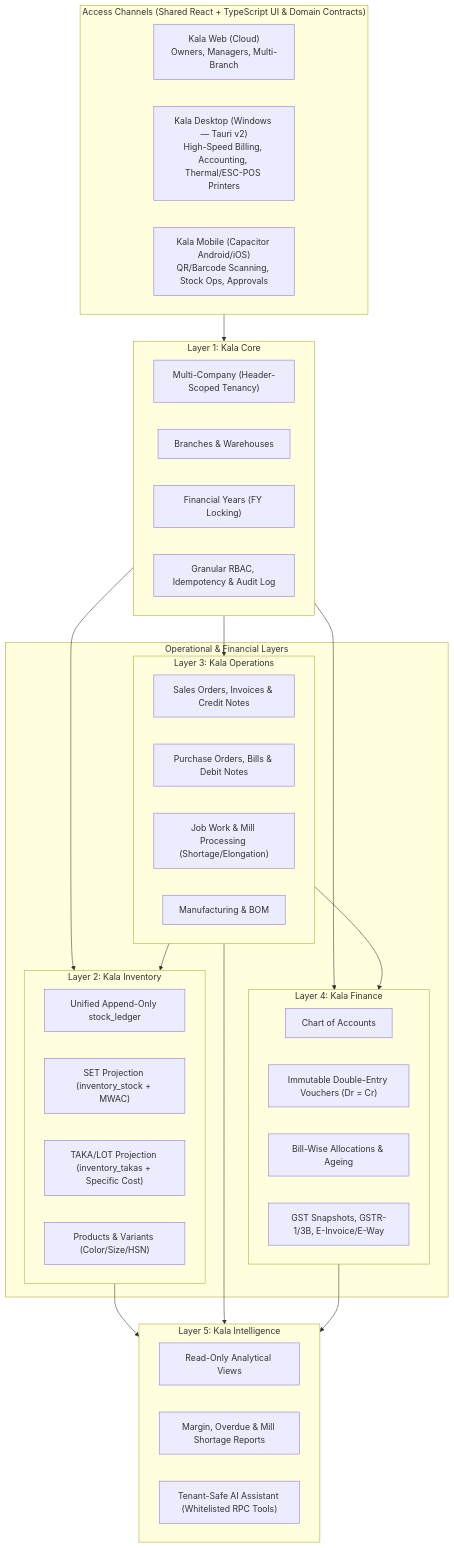
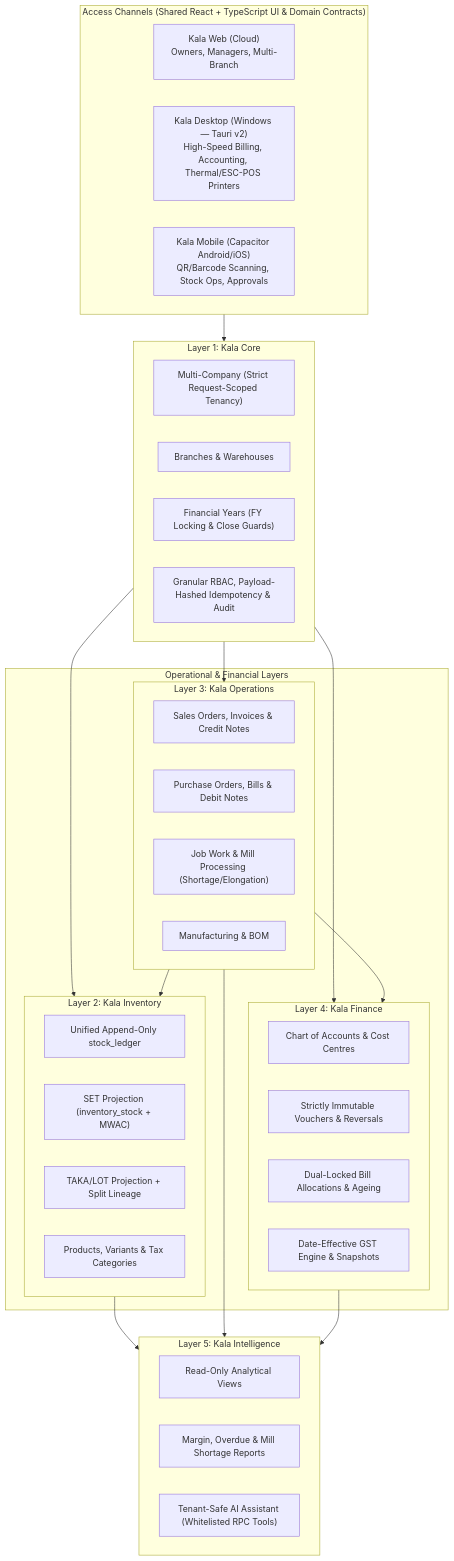
The diagram in docs/ERP_ARCHITECTURE.md (404Vardan/kala-textiles), drawn with Mermaid before and after one commit. The commit also changed other lines of this file, not shown here.

Commit message:
docs(erp): finalize Stage 0 architecture Rev 3 addressing all review invariants and exit test gates

````diff
--- a/docs/ERP_ARCHITECTURE.md
+++ b/docs/ERP_ARCHITECTURE.md
@@ -13,54 +13,54 @@
 ```mermaid
 flowchart TB
   subgraph Clients["Access Channels (Shared React + TypeScript UI & Domain Contracts)"]
     Web["Kala Web (Cloud)<br/>Owners, Managers, Multi-Branch"]
     Desktop["Kala Desktop (Windows — Tauri v2)<br/>High-Speed Billing, Accounting, Thermal/ESC-POS Printers"]
     Mobile["Kala Mobile (Capacitor Android/iOS)<br/>QR/Barcode Scanning, Stock Ops, Approvals"]
   end
 
   subgraph Core["Layer 1: Kala Core"]
-    C1["Multi-Company (Header-Scoped Tenancy)"]
+    C1["Multi-Company (Strict Request-Scoped Tenancy)"]
     C2["Branches & Warehouses"]
-    C3["Financial Years (FY Locking)"]
-    C4["Granular RBAC, Idempotency & Audit Log"]
+    C3["Financial Years (FY Locking & Close Guards)"]
+    C4["Granular RBAC, Payload-Hashed Idempotency & Audit"]
   end
 
   subgraph Domain["Operational & Financial Layers"]
     subgraph Inv["Layer 2: Kala Inventory"]
       I1["Unified Append-Only stock_ledger"]
       I2["SET Projection (inventory_stock + MWAC)"]
-      I3["TAKA/LOT Projection (inventory_takas + Specific Cost)"]
-      I4["Products & Variants (Color/Size/HSN)"]
+      I3["TAKA/LOT Projection + Split Lineage"]
+      I4["Products, Variants & Tax Categories"]
     end
 
     subgraph Fin["Layer 4: Kala Finance"]
-      F1["Chart of Accounts"]
-      F2["Immutable Double-Entry Vouchers (Dr = Cr)"]
-      F3["Bill-Wise Allocations & Ageing"]
-      F4["GST Snapshots, GSTR-1/3B, E-Invoice/E-Way"]
+      F1["Chart of Accounts & Cost Centres"]
+      F2["Strictly Immutable Vouchers & Reversals"]
+      F3["Dual-Locked Bill Allocations & Ageing"]
+      F4["Date-Effective GST Engine & Snapshots"]
     end
 
     subgraph Ops["Layer 3: Kala Operations"]
       O1["Sales Orders, Invoices & Credit Notes"]
       O2["Purchase Orders, Bills & Debit Notes"]
       O3["Job Work & Mill Processing (Shortage/Elongation)"]
       O4["Manufacturing & BOM"]
     end
   end
 
   subgraph Intel["Layer 5: Kala Intelligence"]
     N1["Read-Only Analytical Views"]
     N2["Margin, Overdue & Mill Shortage Reports"]
     N3["Tenant-Safe AI Assistant (Whitelisted RPC Tools)"]
   end
 
   Clients --> Core
   Core --> Inv
   Core --> Fin
   Core --> Ops
   Ops --> Inv
   Ops --> Fin
   Inv --> Intel
   Ops --> Intel
   Fin --> Intel
 ```
````
